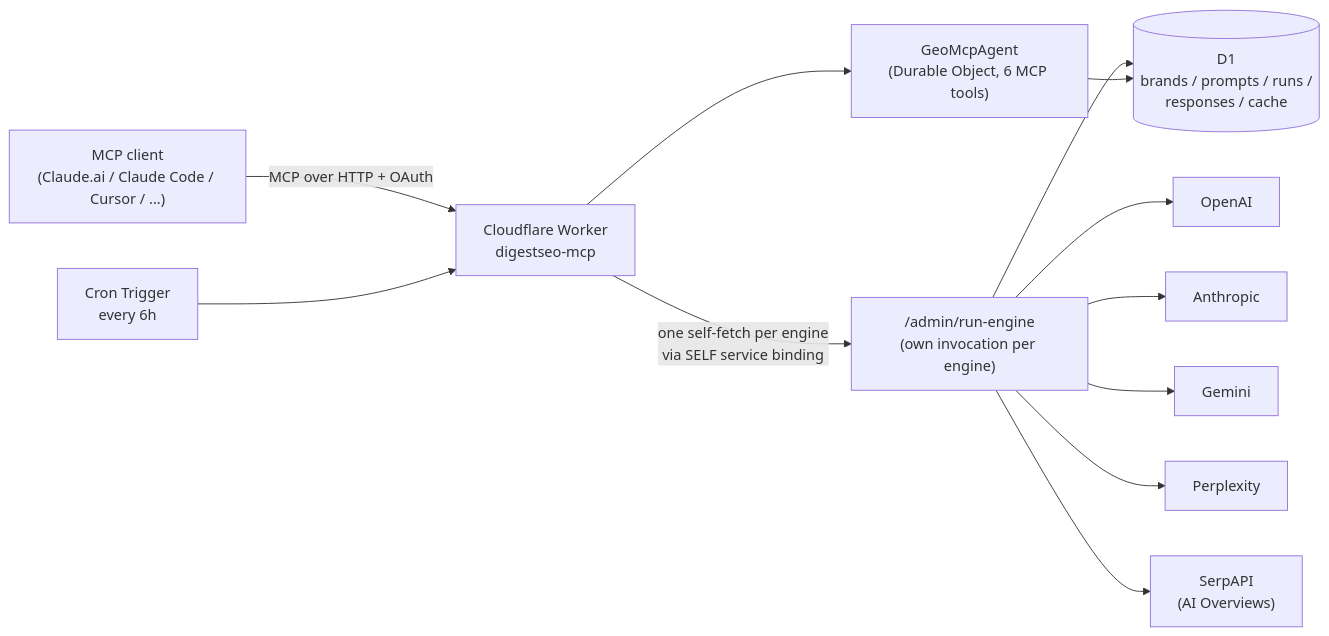
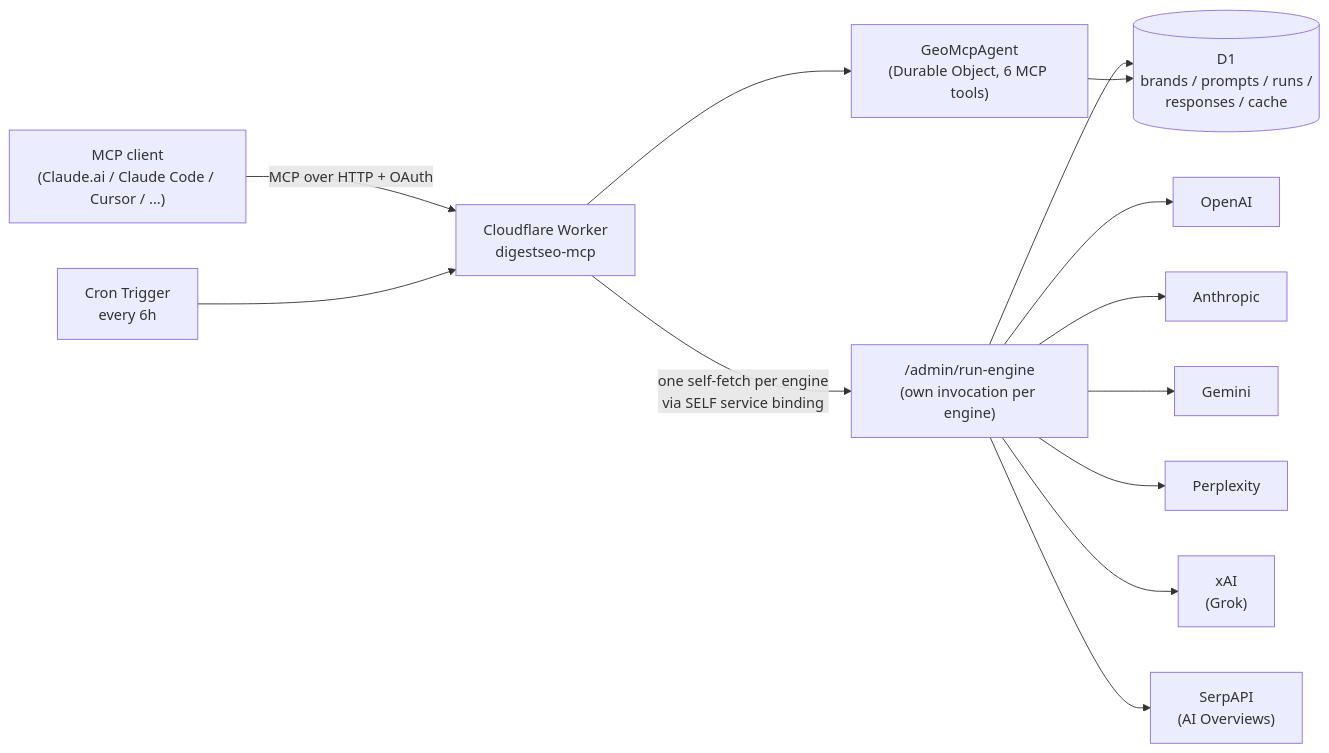
One commit to AKzar1el/mcp-geo changed the diagram in README.md. Above: the diagram before and after it, drawn with Mermaid. The commit also changed other lines of this file and 27 other files, not shown here.

````diff
--- a/README.md
+++ b/README.md
@@ -643,14 +645,15 @@
 ```mermaid
 flowchart LR
     C["MCP client<br/>(Claude.ai / Claude Code / Cursor / ...)"] -- "MCP over HTTP + OAuth" --> W["Cloudflare Worker<br/>digestseo-mcp"]
     CRON["Cron Trigger<br/>every 6h"] --> W
     W --> DO["GeoMcpAgent<br/>(Durable Object, 6 MCP tools)"]
     W -- "one self-fetch per engine<br/>via SELF service binding" --> RE["/admin/run-engine<br/>(own invocation per engine)"]
     RE --> E1["OpenAI"]
     RE --> E2["Anthropic"]
     RE --> E3["Gemini"]
     RE --> E4["Perplexity"]
-    RE --> E5["SerpAPI<br/>(AI Overviews)"]
+    RE --> E5["xAI<br/>(Grok)"]
+    RE --> E6["SerpAPI<br/>(AI Overviews)"]
     RE --> DB[("D1<br/>brands / prompts / runs /<br/>responses / cache")]
     DO --> DB
 ```
````
